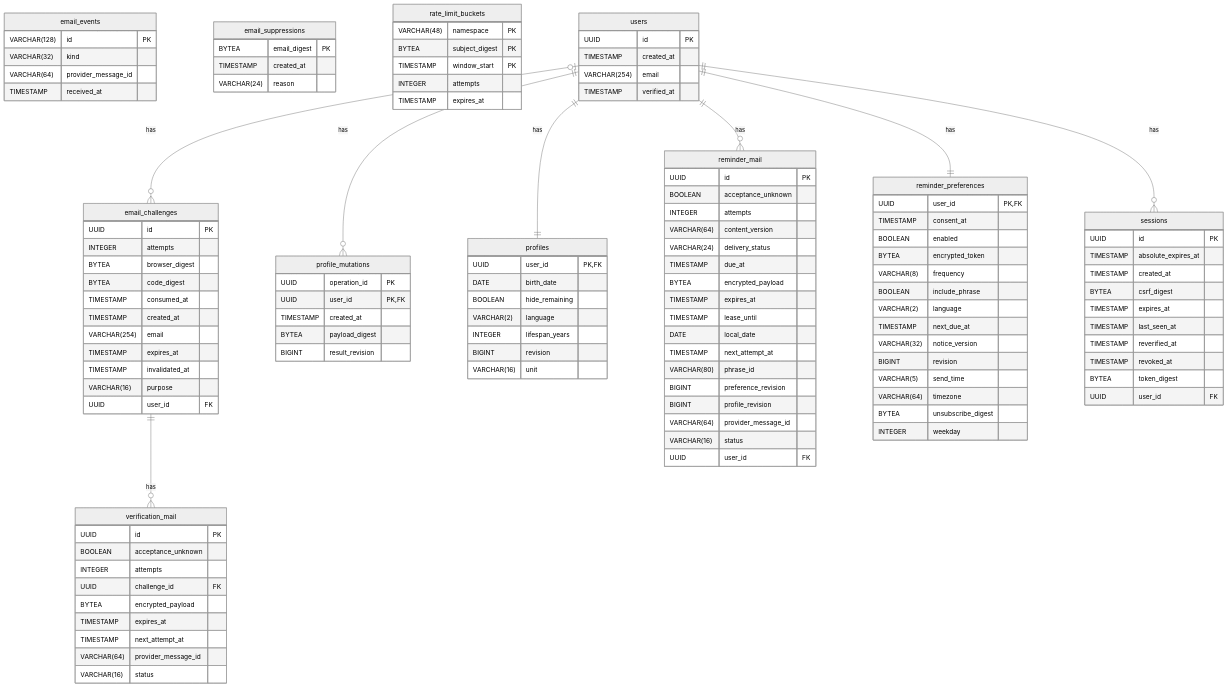
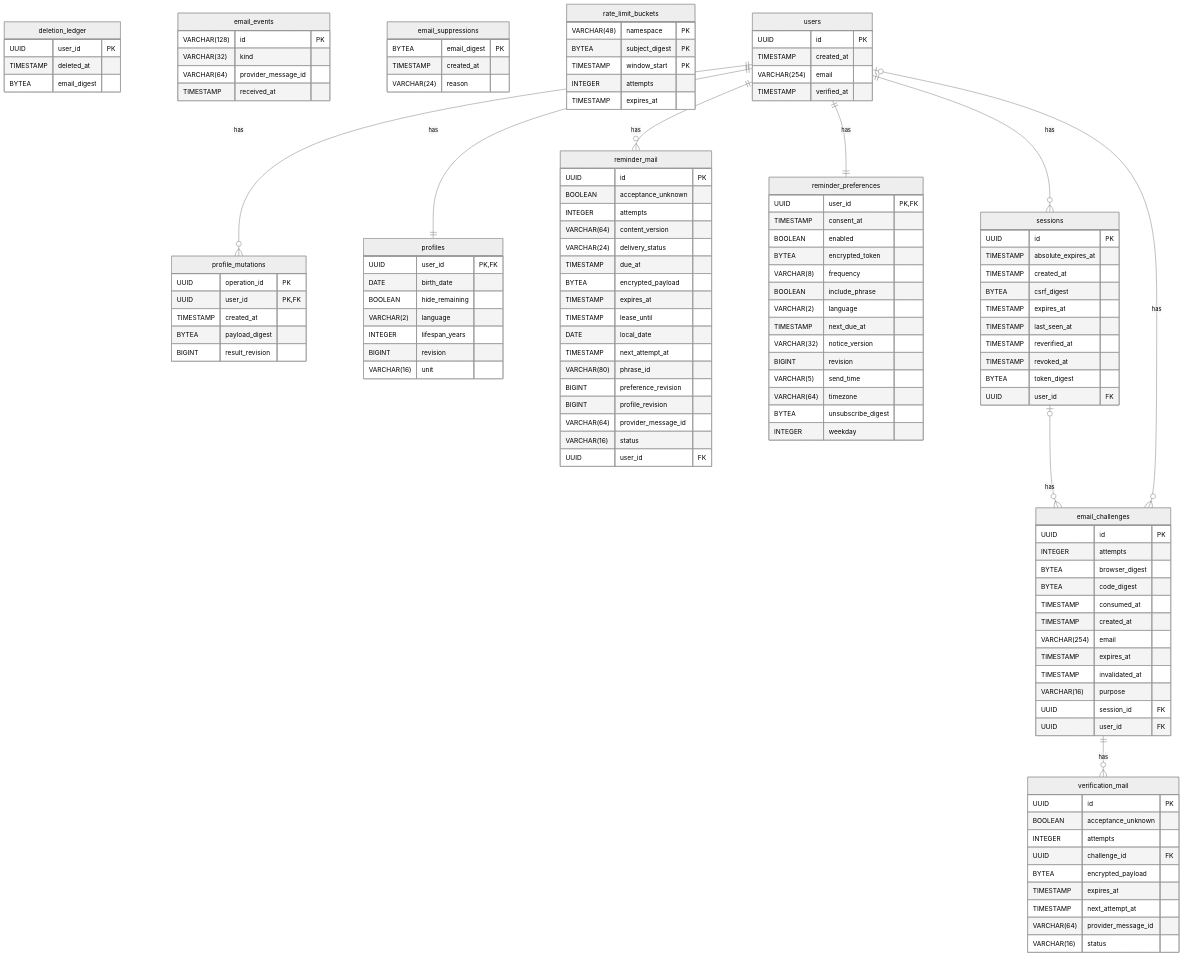
The diagram in docs/architecture/database-schema.md (agapeengineering/aion), drawn with Mermaid (neutral theme) before and after one commit. The commit also changed other lines of this file and 42 other files, not shown here.

````diff
--- a/docs/architecture/database-schema.md
+++ b/docs/architecture/database-schema.md
@@ -7,5 +7,10 @@
 ```mermaid
 erDiagram
+deletion_ledger {
+ UUID user_id PK
+   TIMESTAMP deleted_at
+   BYTEA email_digest
+}
 email_challenges {
  UUID id PK
    INTEGER attempts
@@ -17,6 +22,7 @@
    TIMESTAMP expires_at
    TIMESTAMP invalidated_at
    VARCHAR(16) purpose
+   UUID session_id FK
    UUID user_id FK
 }
 email_events {
@@ -117,11 +123,12 @@
    VARCHAR(64) provider_message_id
    VARCHAR(16) status
 }
+email_challenges ||--o{ verification_mail : has
+sessions o|--o{ email_challenges : has
 users o|--o{ email_challenges : has
 users ||--o{ profile_mutations : has
+users ||--o{ reminder_mail : has
+users ||--o{ sessions : has
 users ||--|| profiles : has
-users ||--o{ reminder_mail : has
 users ||--|| reminder_preferences : has
-users ||--o{ sessions : has
-email_challenges ||--o{ verification_mail : has
 ```
````
